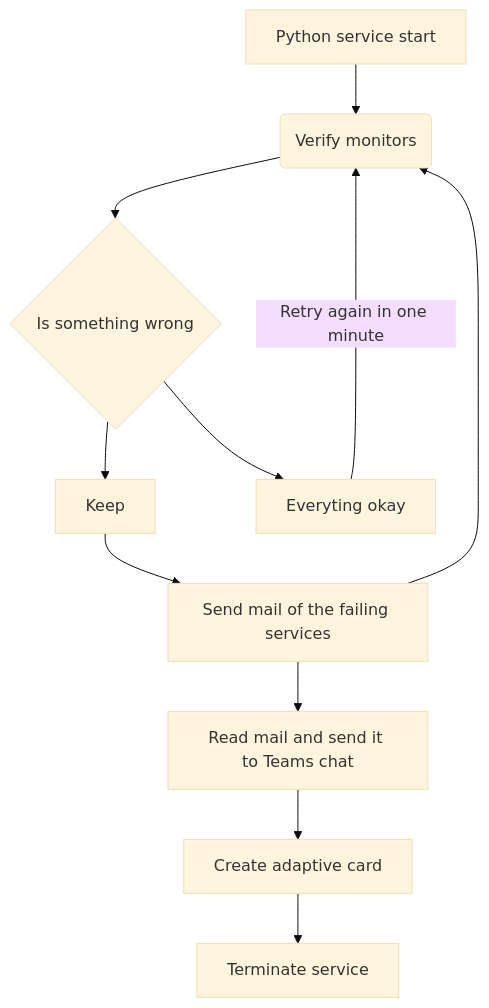
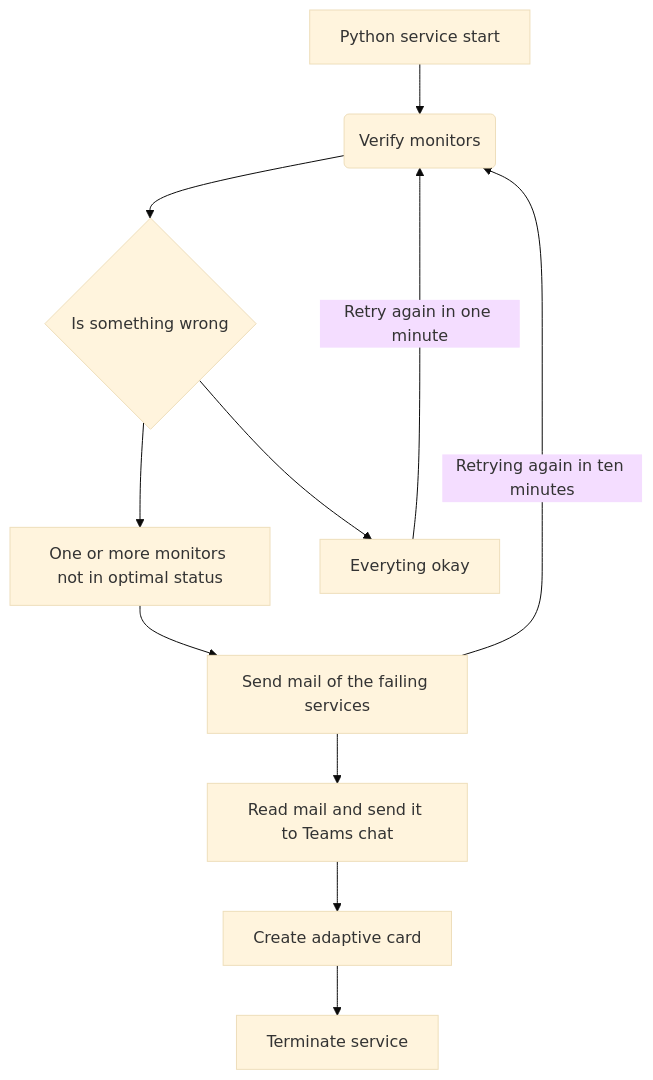
One commit to Facelessdivine/monitors-shared-tech changed the diagram in README.md. Above: the diagram before and after it, drawn with Mermaid (base theme).

Commit message:
updated graph

````diff
--- a/README.md
+++ b/README.md
@@ -29,24 +29,14 @@
 ```mermaid
-graph  TD
-
-A[Python service start]  -->  B(Verify monitors)
-
-B  -->  C{Is something wrong}
-
-C  -->  D[Keep]
-
-C  -->  E[Everyting okay]
-
-E  -- Retry again in one minute -->  B
-
-D  -->  F[Send mail of the failing services]
-
-F  -->  B
-
-F  -->  H[Read mail and send it to Teams chat]
-
-H  -->  G[Create adaptive card]
-
-G  -->  I[Terminate service]
+graph TD
+    A[Python service start] --> B(Verify monitors)
+    B --> C{Is something wrong}
+    C --> D[One or more monitors not in optimal status]
+    C --> E[Everyting okay]
+    E -- Retry again in one minute --> B
+    D --> F[Send mail of the failing services]
+    F -- Retrying again in ten minutes --> B
+    F --> H[Read mail and send it to Teams chat]
+    H --> G[Create adaptive card]
+    G --> I[Terminate service]
 
 ```
````
